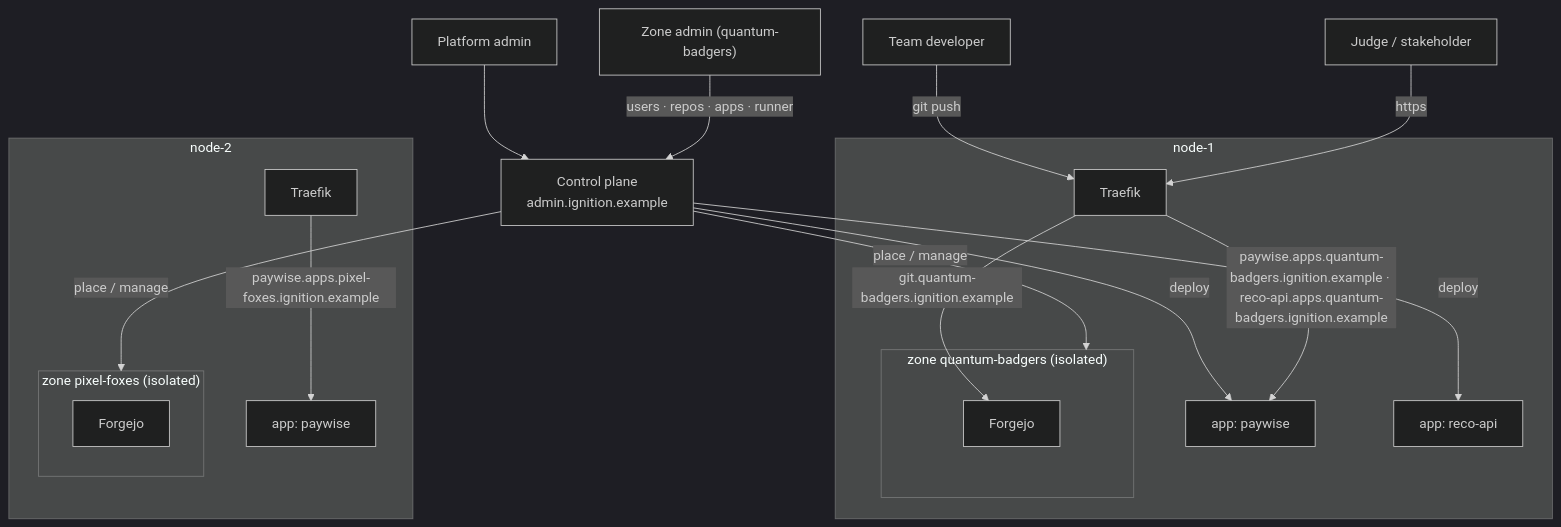
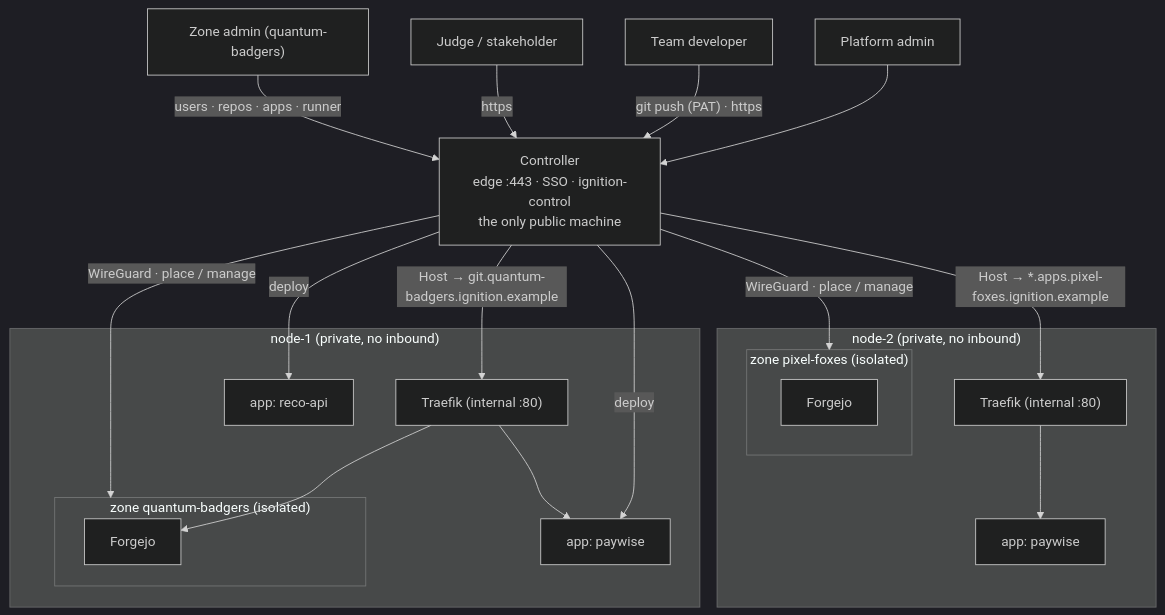
One commit to johnjoeallen/ignition changed the diagram in docs/index.md. Above: the diagram before and after it, drawn with Mermaid (dark theme). The commit also changed other lines of this file and 7 other files, not shown here.

First line of the commit message:
docs: adopt the single-front-door model as the architecture

````diff
--- a/docs/index.md
+++ b/docs/index.md
@@ -57,32 +59,34 @@
 ```mermaid
 flowchart TB
     pa["Platform admin"] --> cp
-    cp["Control plane<br/>admin.ignition.example"]
+    dev["Team developer"] -->|"git push (PAT) · https"| cp
+    visitor["Judge / stakeholder"] -->|https| cp
+    za["Zone admin (quantum-badgers)"] -->|"users · repos · apps · runner"| cp
+    cp["Controller<br/>edge :443 · SSO · ignition-control<br/>the only public machine"]
 
-    subgraph node1["node-1"]
-        traefik1["Traefik"]
+    subgraph node1["node-1  (private, no inbound)"]
+        traefik1["Traefik (internal :80)"]
         subgraph zA["zone quantum-badgers  (isolated)"]
             fa["Forgejo"]
         end
         appA1["app: paywise"]
         appA2["app: reco-api"]
     end
-    subgraph node2["node-2"]
-        traefik2["Traefik"]
+    subgraph node2["node-2  (private, no inbound)"]
+        traefik2["Traefik (internal :80)"]
         subgraph zB["zone pixel-foxes  (isolated)"]
             fb["Forgejo"]
         end
         appB["app: paywise"]
     end
 
-    cp -->|place / manage| zA
-    cp -->|place / manage| zB
+    cp -->|"WireGuard · place / manage"| zA
+    cp -->|"WireGuard · place / manage"| zB
     cp -->|deploy| appA1
     cp -->|deploy| appA2
-    za["Zone admin (quantum-badgers)"] -->|"users · repos · apps · runner"| cp
-    dev["Team developer"] -->|git push| traefik1
-    traefik1 -->|"git.quantum-badgers.ignition.example"| fa
-    traefik1 -->|"paywise.apps.quantum-badgers.ignition.example · reco-api.apps.quantum-badgers.ignition.example"| appA1
-    traefik2 -->|"paywise.apps.pixel-foxes.ignition.example"| appB
-    visitor["Judge / stakeholder"] -->|https| traefik1
+    cp -->|"Host → git.quantum-badgers.ignition.example"| traefik1
+    cp -->|"Host → *.apps.pixel-foxes.ignition.example"| traefik2
+    traefik1 --> fa
+    traefik1 --> appA1
+    traefik2 --> appB
 ```
````
